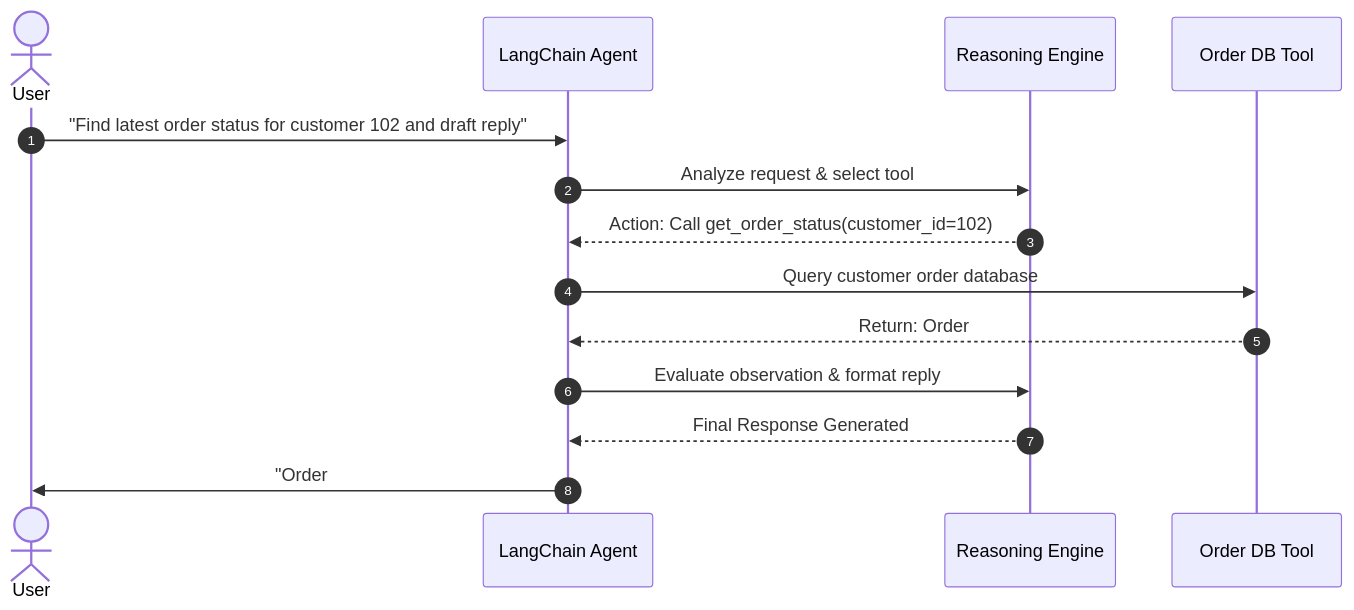
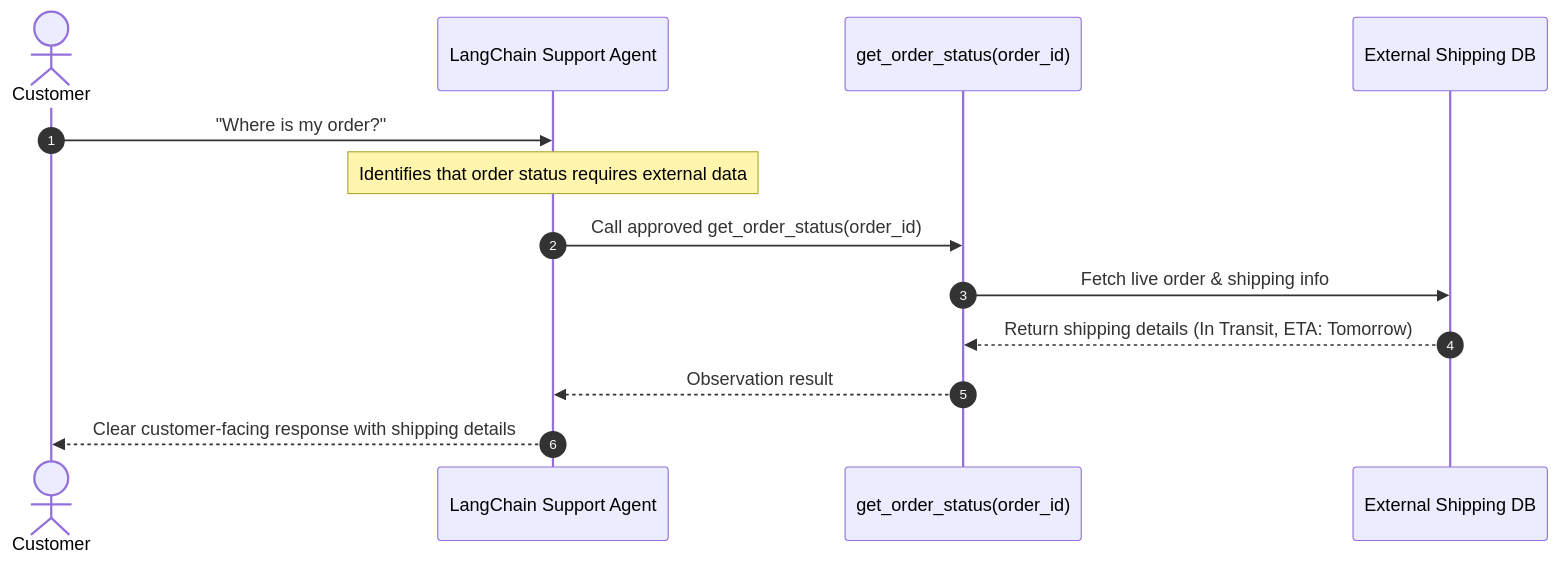
Diagram 17 of 17 in README.md (Tarunkommi/Agentic-AI-Foundations), drawn with Mermaid before and after one commit. The commit also changed other lines of this file, not shown here.

Commit message:
docs: add LangChain Building Blocks section to README

````diff
--- a/README.md
+++ b/README.md
@@ -944,17 +955,16 @@
 ```mermaid
 sequenceDiagram
     autonumber
-    actor User
-    participant Agent as LangChain Agent
-    participant LLM as Reasoning Engine
-    participant DB as Order DB Tool
-    
-    User->>Agent: "Find latest order status for customer 102 and draft reply"
-    Agent->>LLM: Analyze request & select tool
-    LLM-->>Agent: Action: Call get_order_status(customer_id=102)
-    Agent->>DB: Query customer order database
-    DB-->>Agent: Return: Order #54321 - Shipped (ETA: Tomorrow)
-    Agent->>LLM: Evaluate observation & format reply
-    LLM-->>Agent: Final Response Generated
-    Agent->>User: "Order #54321 is currently shipped with ETA tomorrow..."
+    actor Customer
+    participant Agent as LangChain Support Agent
+    participant Tool as get_order_status(order_id)
+    participant Data as External Shipping DB
+
+    Customer->>Agent: "Where is my order?"
+    Note over Agent: Identifies that order status requires external data
+    Agent->>Tool: Call approved get_order_status(order_id)
+    Tool->>Data: Fetch live order & shipping info
+    Data-->>Tool: Return shipping details (In Transit, ETA: Tomorrow)
+    Tool-->>Agent: Observation result
+    Agent-->>Customer: Clear customer-facing response with shipping details
 ```
````
